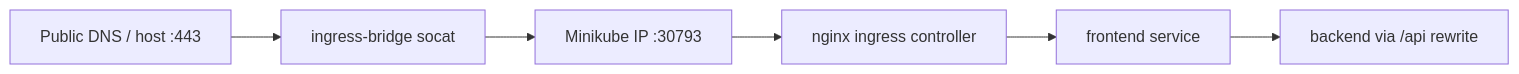
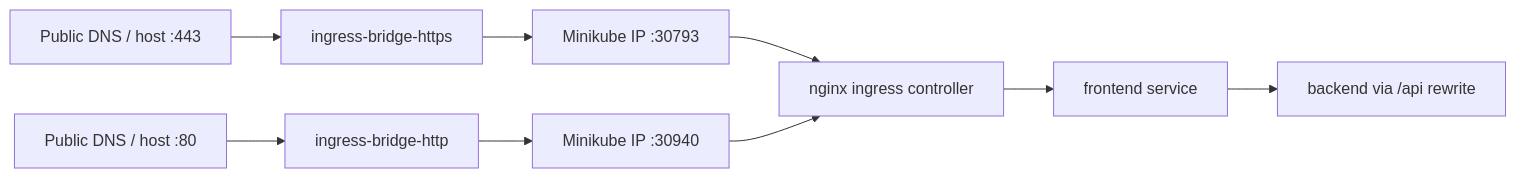
Before and after one commit to ruby0322/pd-care-monorepo: the diagram in docs/deploy/k8s-minikube.md, drawn with Mermaid. The commit also changed other lines of this file and 28 other files, not shown here.

First line of the commit message:
docs: reorganize tree and refresh architecture runbooks

````diff
--- a/docs/deploy/k8s-minikube.md
+++ b/docs/deploy/k8s-minikube.md
@@ -98,8 +98,11 @@
 ```mermaid
 flowchart LR
-  Internet["Public DNS / host :443"] --> Bridge["ingress-bridge socat"]
-  Bridge --> NodePort["Minikube IP :30793"]
-  NodePort --> IngressCtrl["nginx ingress controller"]
+  InternetHTTPS["Public DNS / host :443"] --> BridgeHTTPS["ingress-bridge-https"]
+  InternetHTTP["Public DNS / host :80"] --> BridgeHTTP["ingress-bridge-http"]
+  BridgeHTTPS --> NodePortHTTPS["Minikube IP :30793"]
+  BridgeHTTP --> NodePortHTTP["Minikube IP :30940"]
+  NodePortHTTPS --> IngressCtrl["nginx ingress controller"]
+  NodePortHTTP --> IngressCtrl
   IngressCtrl --> Frontend["frontend service"]
   Frontend --> Backend["backend via /api rewrite"]
 ```
````
